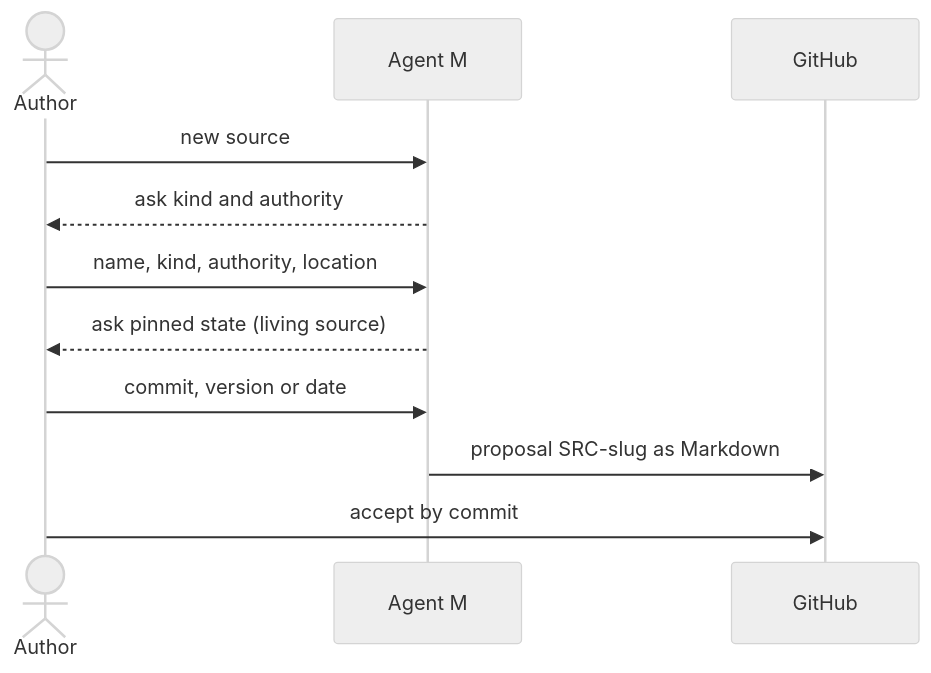
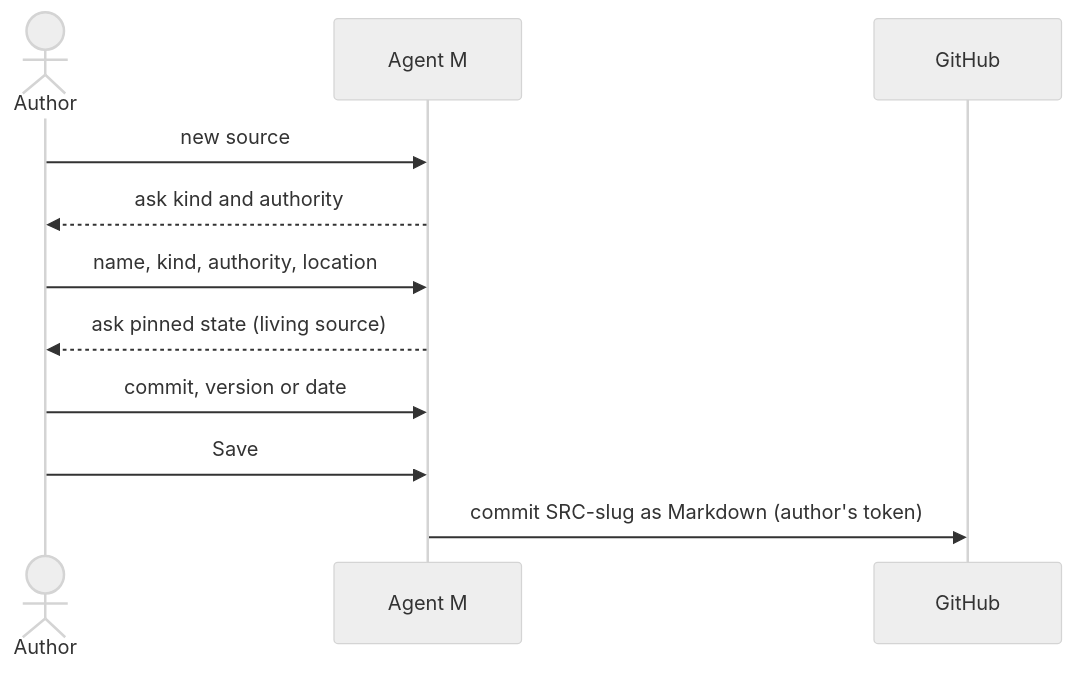
Before and after one commit to akmaier/agent-m: the diagram in docs/use-cases/UC-004-register-a-requirement-source.md, drawn with Mermaid (neutral theme). The commit also changed other lines of this file and 11 other files, not shown here.

````diff
--- a/docs/use-cases/UC-004-register-a-requirement-source.md
+++ b/docs/use-cases/UC-004-register-a-requirement-source.md
@@ -41,13 +48,13 @@
 ```mermaid
 sequenceDiagram
     actor A as Author
     participant M as Agent M
     participant G as GitHub
     A->>M: new source
     M-->>A: ask kind and authority
     A->>M: name, kind, authority, location
     M-->>A: ask pinned state (living source)
     A->>M: commit, version or date
-    M->>G: proposal SRC-slug as Markdown
-    A->>G: accept by commit
+    A->>M: Save
+    M->>G: commit SRC-slug as Markdown (author's token)
 ```
````
